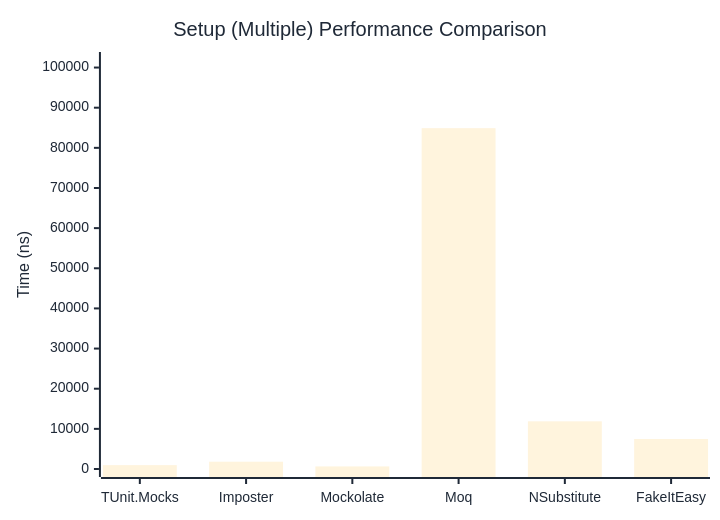
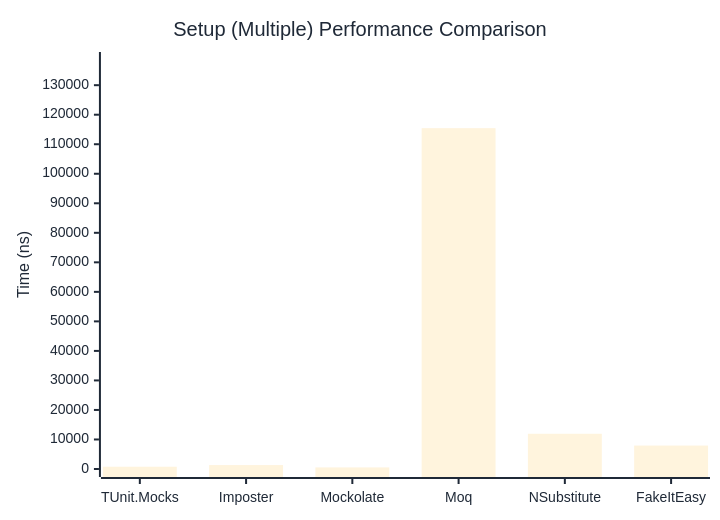
One commit to thomhurst/TUnit changed the second of 2 diagrams in docs/docs/benchmarks/mocks/Setup.md. Above: the diagram before and after it, drawn with Mermaid. The commit also changed other lines of this file and 14 other files, not shown here.

````diff
--- a/docs/docs/benchmarks/mocks/Setup.md
+++ b/docs/docs/benchmarks/mocks/Setup.md
@@ -71,27 +71,27 @@
 ```mermaid
 %%{init: {
   'theme':'base',
   'themeVariables': {
     'primaryColor': '#2563eb',
     'primaryTextColor': '#1f2937',
     'primaryBorderColor': '#1e40af',
     'lineColor': '#6b7280',
     'secondaryColor': '#7c3aed',
     'tertiaryColor': '#dc2626',
     'background': '#ffffff',
     'pie1': '#2563eb',
     'pie2': '#7c3aed',
     'pie3': '#dc2626',
     'pie4': '#f59e0b',
     'pie5': '#10b981',
     'pie6': '#06b6d4',
     'pie7': '#ec4899',
     'pie8': '#6366f1'
   }
 }}%%
 xychart-beta
   title "Setup (Multiple) Performance Comparison"
   x-axis ["TUnit.Mocks", "Imposter", "Mockolate", "Moq", "NSubstitute", "FakeItEasy"]
-  y-axis "Time (ns)" 0 --> 101880
-  bar [961.9, 1819.7, 642.1, 84899.4, 11874, 7471]
+  y-axis "Time (ns)" 0 --> 138531
+  bar [770.6, 1332.2, 535.2, 115441.8, 11937.1, 7941.3]
 ```
````
